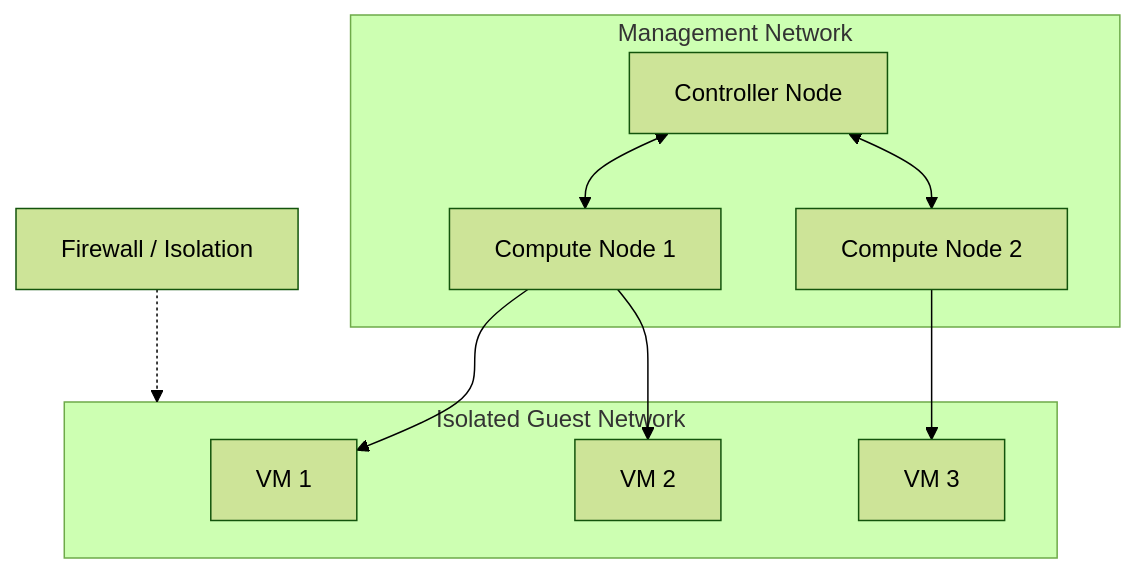
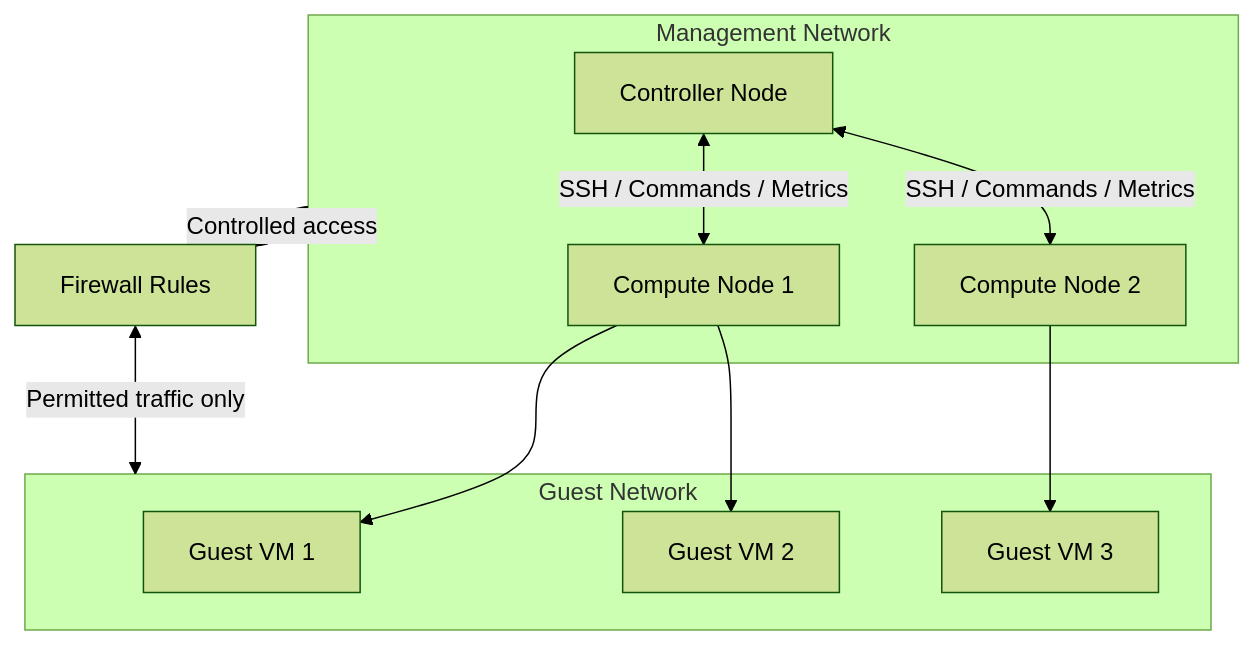
Before and after one commit to Unwritten-one/mini-cloud-infrastructure: the diagram in architecture/network_architecture.md, drawn with Mermaid (forest theme). The commit also changed 2 other files, not shown here.

Commit message:
Add system, network, and deployment architecture diagrams

````diff
--- a/architecture/network_architecture.md
+++ b/architecture/network_architecture.md
@@ -3,23 +3,24 @@
 ```mermaid
 flowchart TB
     subgraph MGMT["Management Network"]
         C["Controller Node"]
         N1["Compute Node 1"]
         N2["Compute Node 2"]
-        C <--> N1
-        C <--> N2
+        C <-->|"SSH / Commands / Metrics"| N1
+        C <-->|"SSH / Commands / Metrics"| N2
     end
 
-    subgraph GUEST["Isolated Guest Network"]
-        VM1["VM 1"]
-        VM2["VM 2"]
-        VM3["VM 3"]
+    subgraph GUEST["Guest Network"]
+        VM1["Guest VM 1"]
+        VM2["Guest VM 2"]
+        VM3["Guest VM 3"]
     end
 
     N1 --> VM1
     N1 --> VM2
     N2 --> VM3
 
-    FW["Firewall / Isolation"]
-    FW -.-> GUEST
+    FW["Firewall Rules"]
+    MGMT <-->|"Controlled access"| FW
+    FW <-->|"Permitted traffic only"| GUEST
 ```
````
